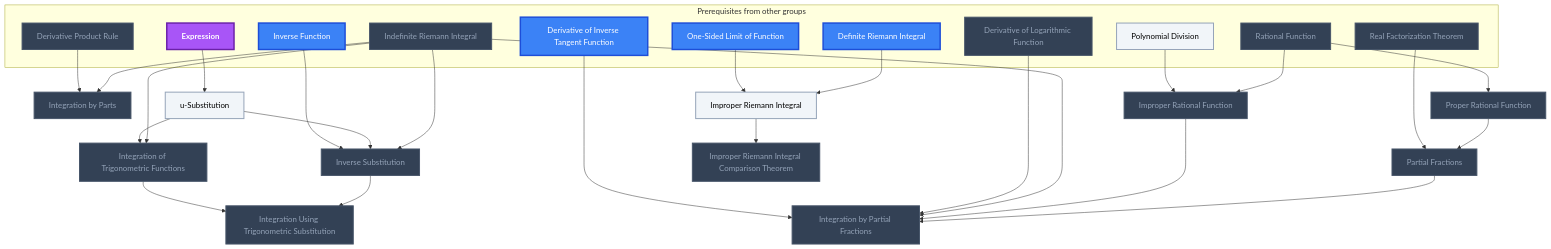
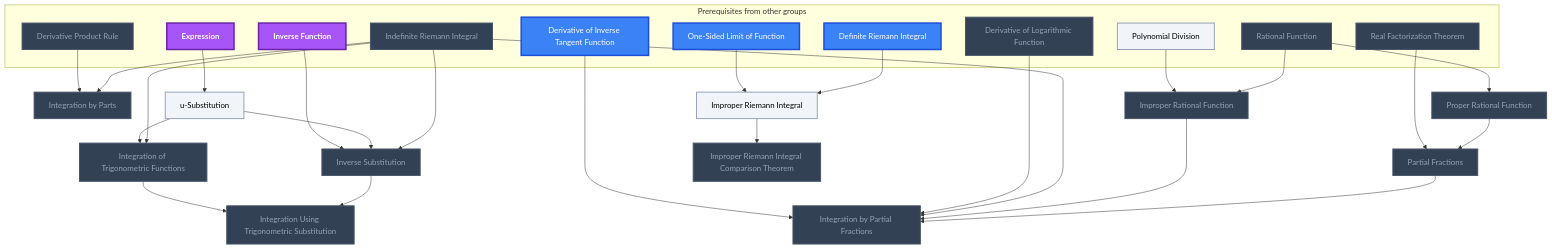
One commit to MRauf1/My-Notes changed the sixth of 12 diagrams in Gamification/Skill Trees/Calculus.md. Above: the diagram before and after it, drawn with Mermaid. The commit also changed other lines of this file and 57 other files, not shown here.

````diff
--- a/Gamification/Skill Trees/Calculus.md
+++ b/Gamification/Skill Trees/Calculus.md
@@ -559,64 +559,64 @@
 ```mermaid
 flowchart TD
     classDef planned fill:#1E293B,stroke:#64748B,stroke-width:2px,stroke-dasharray:5 5,color:#94A3B8;
     classDef locked fill:#334155,stroke:#475569,stroke-width:2px,color:#94A3B8;
     classDef L0 fill:#F1F5F9,stroke:#94A3B8,stroke-width:2px,color:#000000;
     classDef L1 fill:#22C55E,stroke:#15803D,stroke-width:2px,color:#000000;
     classDef L2 fill:#3B82F6,stroke:#1D4ED8,stroke-width:3px,color:#FFFFFF;
     classDef L3 fill:#A855F7,stroke:#6B21A8,stroke-width:3px,color:#FFFFFF,font-weight:bold;
     classDef L4 fill:#F97316,stroke:#C2410C,stroke-width:4px,color:#000000,font-weight:bold;
     classDef L5 fill:#FFD700,stroke:#FF8C00,stroke-width:5px,color:#000000,font-weight:bold;
     classDef rusty stroke:#8B4513,stroke-width:4px,stroke-dasharray:3 3;
     subgraph sg_prereqs["Prerequisites from other groups"]
         n_derivative_product_rule["Derivative Product Rule"]
         n_indefinite_riemann_integral["Indefinite Riemann Integral"]
         n_inverse_function["Inverse Function"]
         n_derivative_of_inverse_tangent_function["Derivative of Inverse Tangent Function"]
         n_derivative_of_logarithmic_function["Derivative of Logarithmic Function"]
         n_rational_function["Rational Function"]
         n_polynomial_division["Polynomial Division"]
         n_real_factorization_theorem["Real Factorization Theorem"]
         n_one_sided_limit_of_function["One-Sided Limit of Function"]
         n_definite_riemann_integral["Definite Riemann Integral"]
         n_expression["Expression"]
     end
     n_integration_by_parts["Integration by Parts"]
     n_integration_of_trigonometric_functions["Integration of Trigonometric Functions"]
     n_inverse_substitution["Inverse Substitution"]
     n_integration_using_trigonometric_substitution["Integration Using Trigonometric Substitution"]
     n_integration_by_partial_fractions["Integration by Partial Fractions"]
     n_proper_rational_function["Proper Rational Function"]
     n_improper_rational_function["Improper Rational Function"]
     n_partial_fractions["Partial Fractions"]
     n_improper_riemann_integral["Improper Riemann Integral"]
     n_improper_riemann_integral_comparison_theorem["Improper Riemann Integral Comparison Theorem"]
     n_u_substitution["u-Substitution"]
     n_derivative_product_rule --> n_integration_by_parts
     n_indefinite_riemann_integral --> n_integration_by_parts
     n_u_substitution --> n_integration_of_trigonometric_functions
     n_indefinite_riemann_integral --> n_integration_of_trigonometric_functions
     n_inverse_function --> n_inverse_substitution
     n_u_substitution --> n_inverse_substitution
     n_indefinite_riemann_integral --> n_inverse_substitution
     n_integration_of_trigonometric_functions --> n_integration_using_trigonometric_substitution
     n_inverse_substitution --> n_integration_using_trigonometric_substitution
     n_derivative_of_inverse_tangent_function --> n_integration_by_partial_fractions
     n_derivative_of_logarithmic_function --> n_integration_by_partial_fractions
     n_indefinite_riemann_integral --> n_integration_by_partial_fractions
     n_improper_rational_function --> n_integration_by_partial_fractions
     n_partial_fractions --> n_integration_by_partial_fractions
     n_rational_function --> n_proper_rational_function
     n_polynomial_division --> n_improper_rational_function
     n_rational_function --> n_improper_rational_function
     n_real_factorization_theorem --> n_partial_fractions
     n_proper_rational_function --> n_partial_fractions
     n_one_sided_limit_of_function --> n_improper_riemann_integral
     n_definite_riemann_integral --> n_improper_riemann_integral
     n_improper_riemann_integral --> n_improper_riemann_integral_comparison_theorem
     n_expression --> n_u_substitution
     class n_derivative_product_rule,n_indefinite_riemann_integral,n_derivative_of_logarithmic_function,n_rational_function,n_real_factorization_theorem,n_integration_by_parts,n_integration_of_trigonometric_functions,n_inverse_substitution,n_integration_using_trigonometric_substitution,n_integration_by_partial_fractions,n_proper_rational_function,n_improper_rational_function,n_partial_fractions,n_improper_riemann_integral_comparison_theorem locked;
     class n_polynomial_division,n_improper_riemann_integral,n_u_substitution L0;
-    class n_inverse_function,n_derivative_of_inverse_tangent_function,n_one_sided_limit_of_function,n_definite_riemann_integral L2;
-    class n_expression L3;
+    class n_derivative_of_inverse_tangent_function,n_one_sided_limit_of_function,n_definite_riemann_integral L2;
+    class n_inverse_function,n_expression L3;
     class n_derivative_product_rule,n_indefinite_riemann_integral,n_inverse_function,n_derivative_of_inverse_tangent_function,n_derivative_of_logarithmic_function,n_rational_function,n_polynomial_division,n_real_factorization_theorem,n_one_sided_limit_of_function,n_definite_riemann_integral,n_expression,n_integration_by_parts,n_integration_of_trigonometric_functions,n_inverse_substitution,n_integration_using_trigonometric_substitution,n_integration_by_partial_fractions,n_proper_rational_function,n_improper_rational_function,n_partial_fractions,n_improper_riemann_integral,n_improper_riemann_integral_comparison_theorem,n_u_substitution internal-link;
 ```
````
